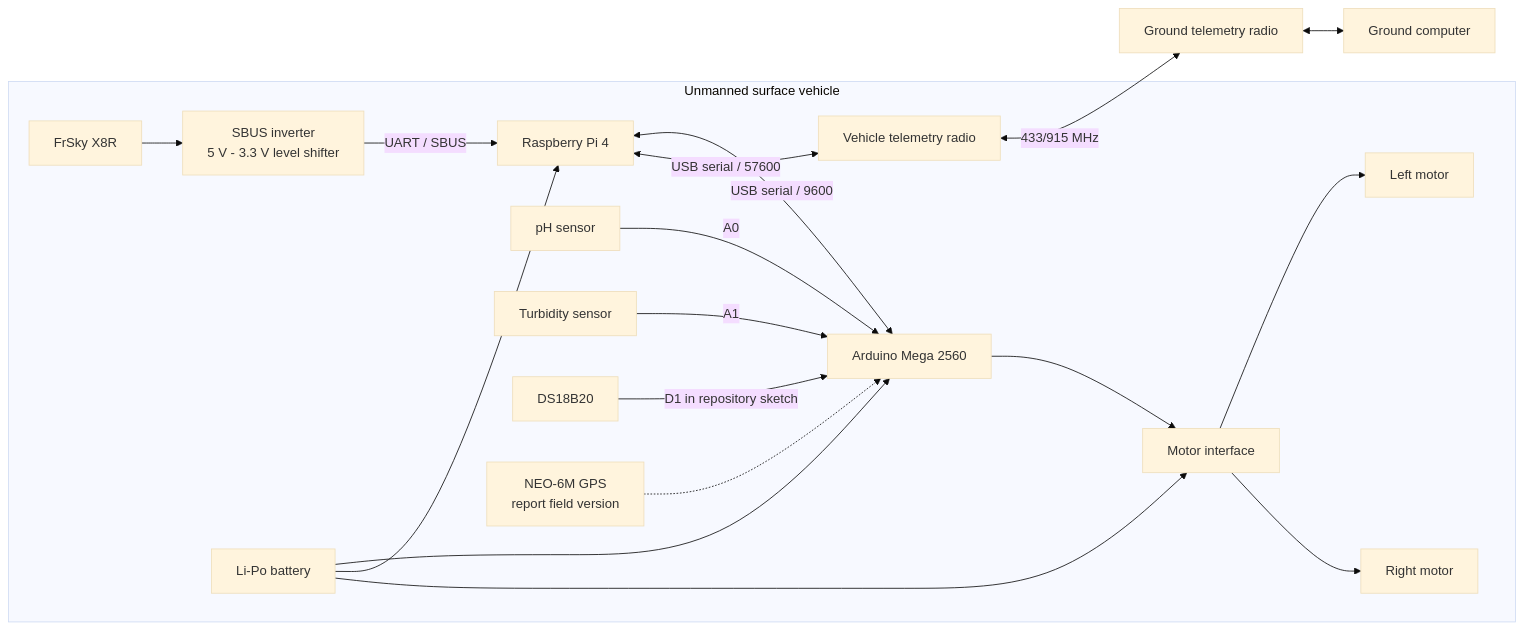
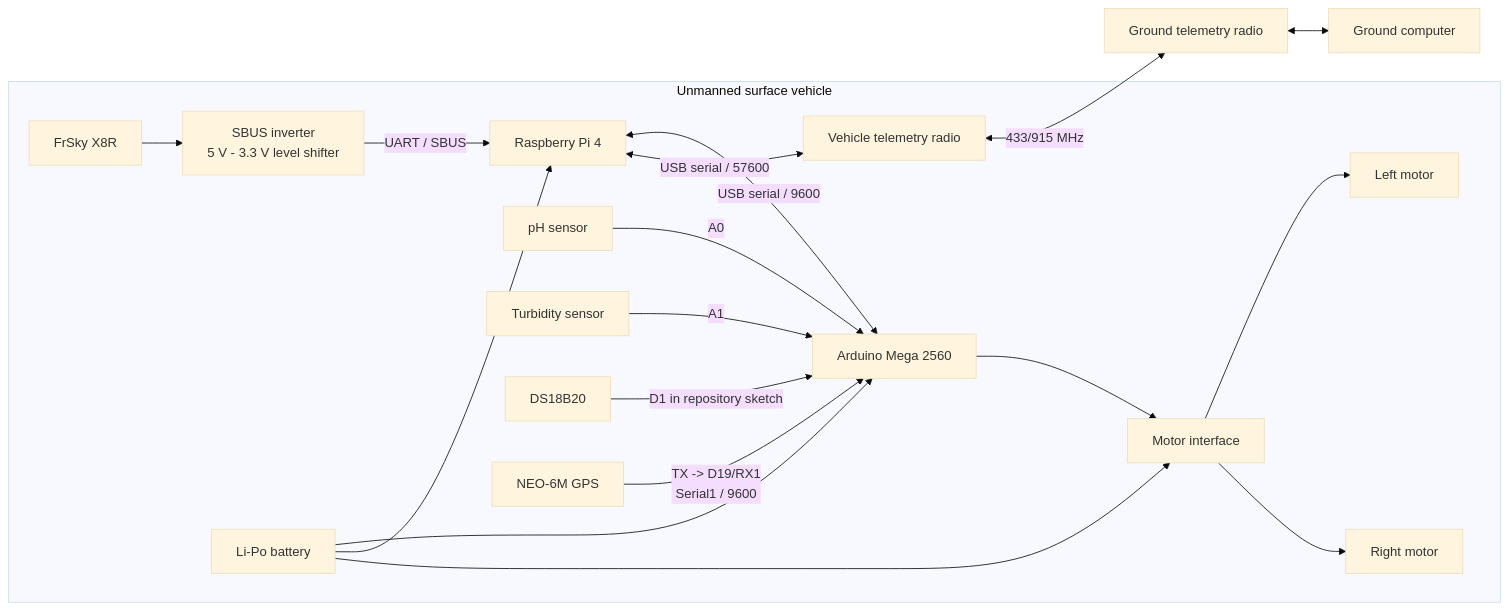
The first of 8 diagrams in docs/ARCHITECTURE_EN.md (emircanylmz/water-quality-usv), drawn with Mermaid (base theme) before and after one commit. The commit also changed other lines of this file and 13 other files, not shown here.

Commit message:
Add NEO-6M GPS telemetry to Arduino firmware

````diff
--- a/docs/ARCHITECTURE_EN.md
+++ b/docs/ARCHITECTURE_EN.md
@@ -26,21 +26,21 @@
 ```mermaid
 flowchart LR
     subgraph Vehicle["Unmanned surface vehicle"]
         X8R["FrSky X8R"] --> LEVEL["SBUS inverter<br/>5 V - 3.3 V level shifter"]
         LEVEL -->|"UART / SBUS"| RPI["Raspberry Pi 4"]
         PH["pH sensor"] -->|"A0"| ARD["Arduino Mega 2560"]
         TURB["Turbidity sensor"] -->|"A1"| ARD
         TEMP["DS18B20"] -->|"D1 in repository sketch"| ARD
-        GPS["NEO-6M GPS<br/>report field version"] -.-> ARD
+        GPS["NEO-6M GPS"] -->|"TX -> D19/RX1<br/>Serial1 / 9600"| ARD
         RPI <-->|"USB serial / 9600"| ARD
         ARD --> MOTORIF["Motor interface"]
         MOTORIF --> LEFT["Left motor"]
         MOTORIF --> RIGHT["Right motor"]
         RPI <-->|"USB serial / 57600"| RADIO1["Vehicle telemetry radio"]
         BAT["Li-Po battery"] --> ARD
         BAT --> RPI
         BAT --> MOTORIF
     end
     RADIO1 <-->|"433/915 MHz"| RADIO2["Ground telemetry radio"]
     RADIO2 <--> PC["Ground computer"]
 ```
````
